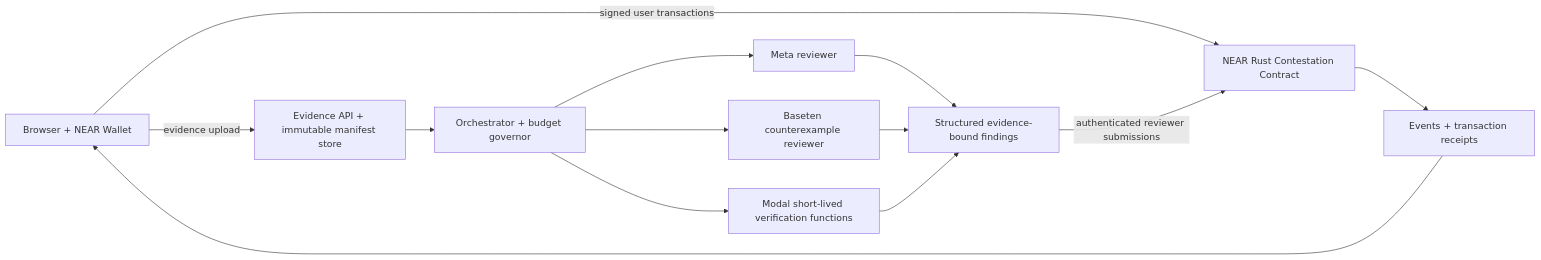
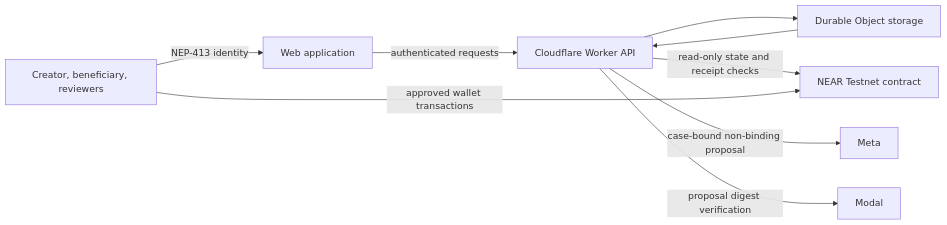
One commit to kellyxy110/CONTRA changed the diagram in docs/ARCHITECTURE.md. Above: the diagram before and after it, drawn with Mermaid. The commit also changed other lines of this file and 5 other files, not shown here.

````diff
--- a/docs/ARCHITECTURE.md
+++ b/docs/ARCHITECTURE.md
@@ -5,15 +5,11 @@
 ```mermaid
 flowchart LR
-    U[Browser + NEAR Wallet] -->|signed user transactions| N[NEAR Rust Contestation Contract]
-    U -->|evidence upload| S[Evidence API + immutable manifest store]
-    S --> O[Orchestrator + budget governor]
-    O --> M[Meta reviewer]
-    O --> B[Baseten counterexample reviewer]
-    O --> X[Modal short-lived verification functions]
-    M --> R[Structured evidence-bound findings]
-    B --> R
-    X --> R
-    R -->|authenticated reviewer submissions| N
-    N --> T[Events + transaction receipts]
-    T --> U
+  P[Creator, beneficiary, reviewers] -->|NEP-413 identity| UI[Web application]
+  UI -->|authenticated requests| W[Cloudflare Worker API]
+  W --> DO[Durable Object storage]
+  W -->|read-only state and receipt checks| C[NEAR Testnet contract]
+  P -->|approved wallet transactions| C
+  W -->|case-bound non-binding proposal| M[Meta]
+  W -->|proposal digest verification| V[Modal]
+  DO --> W
 ```
````
